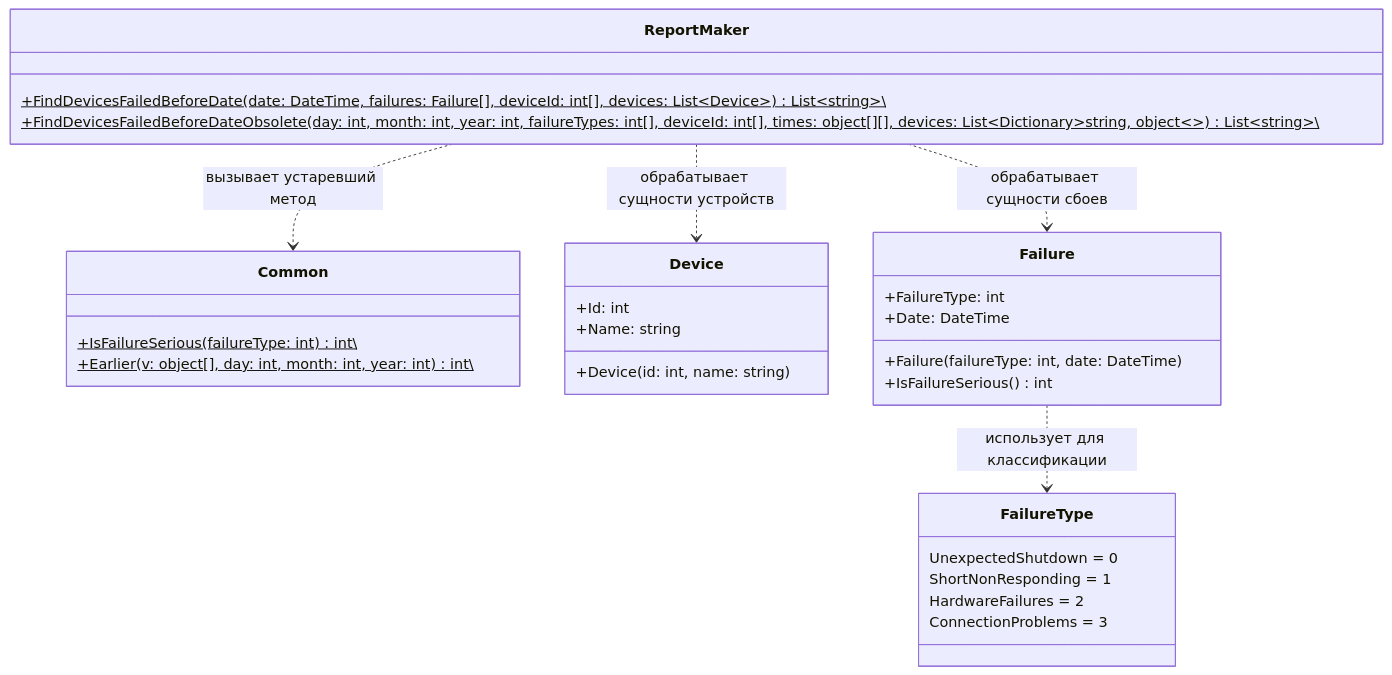
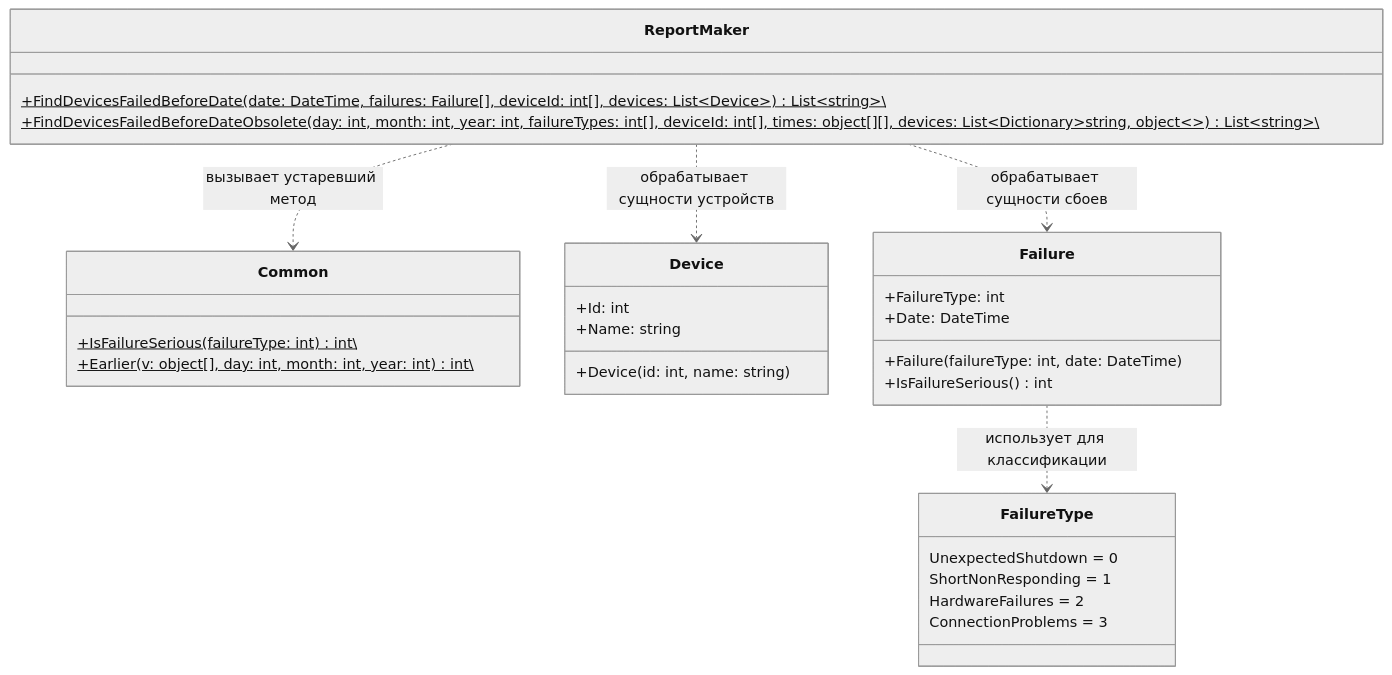
Before and after one commit to Du2Vi-lab/Ulearn-Tasks: the diagram in sboi.md, drawn with Mermaid.

````diff
--- a/sboi.md
+++ b/sboi.md
@@ -8,37 +8,38 @@
 ```mermaid
+%%{init: {'theme': 'neutral'}}%%
 classDiagram
     class FailureType {
         UnexpectedShutdown = 0
         ShortNonResponding = 1
         HardwareFailures = 2
         ConnectionProblems = 3
     }
 
     class Common {
         +IsFailureSerious(failureType: int) int\$
         +Earlier(v: object[], day: int, month: int, year: int) int\$
     }
 
     class Device {
         +Id: int
         +Name: string
         +Device(id: int, name: string)
     }
 
     class Failure {
         +FailureType: int
         +Date: DateTime
         +Failure(failureType: int, date: DateTime)
         +IsFailureSerious() int
     }
 
     class ReportMaker {
         +FindDevicesFailedBeforeDate(date: DateTime, failures: Failure[], deviceId: int[], devices: List~Device~) List~string~\$
         +FindDevicesFailedBeforeDateObsolete(day: int, month: int, year: int, failureTypes: int[], deviceId: int[], times: object[][], devices: List~Dictionary~string, object~~) List~string~\$
     }
 
     ReportMaker ..> Common : вызывает устаревший метод
     ReportMaker ..> Device : обрабатывает сущности устройств
     ReportMaker ..> Failure : обрабатывает сущности сбоев
     Failure ..> FailureType : использует для классификации
 ```
````
